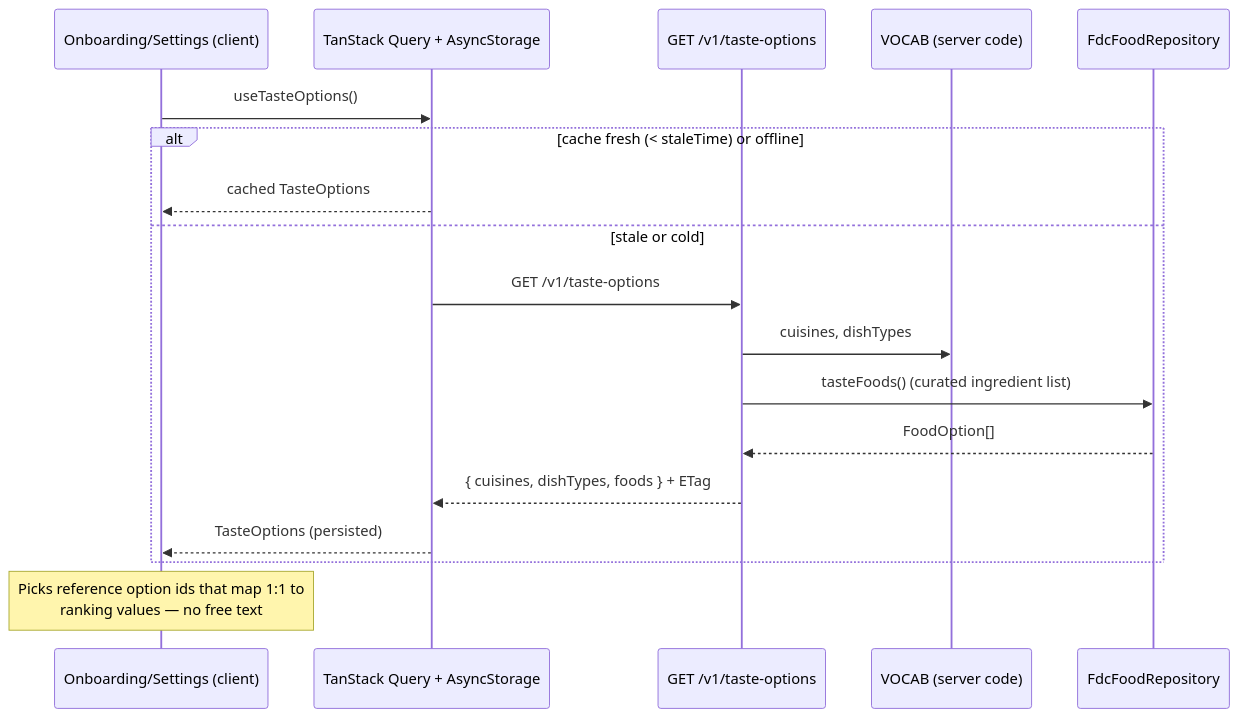
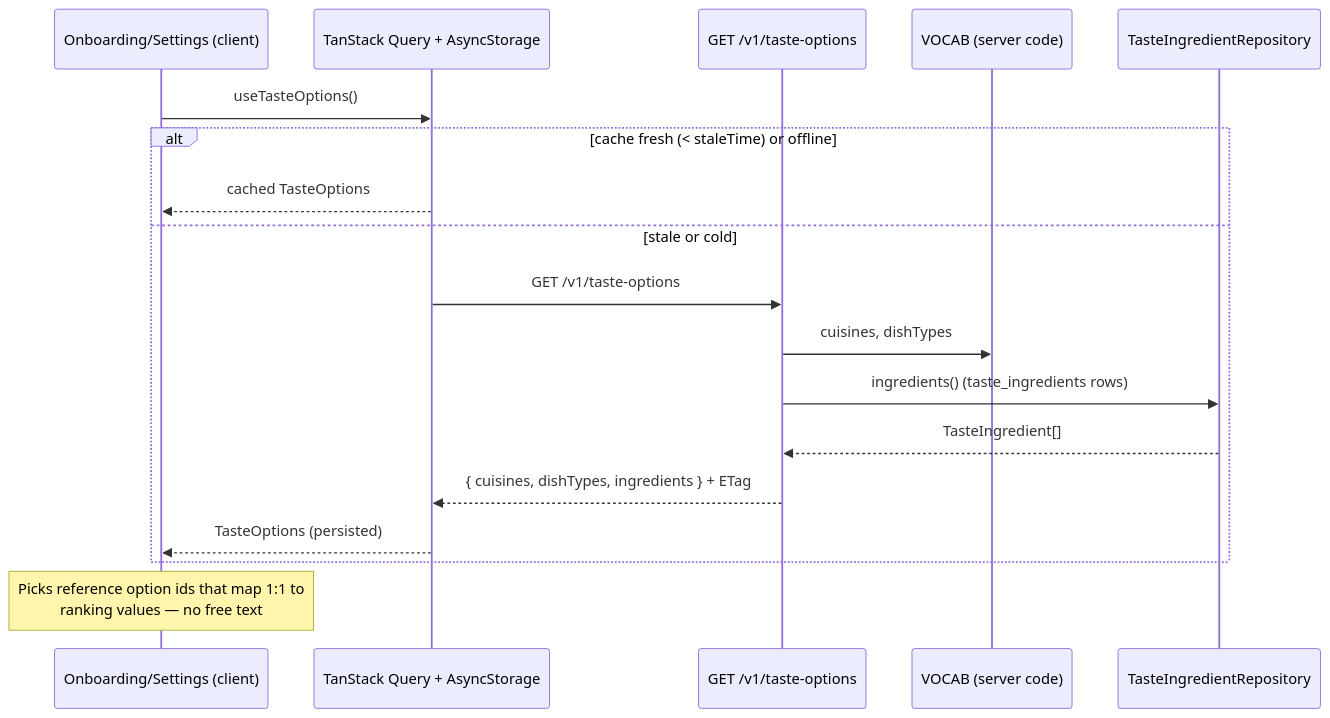
The first of 6 diagrams in docs/ranking/taste-classification-affinity.md (jordangaston/harvest), drawn with Mermaid before and after one commit. The commit also changed other lines of this file, not shown here.

First line of the commit message:
docs(ranking): settle taste model — uuidPk taste_ingredients, base_ingredient_id affinity, seed:taste

````diff
--- a/docs/ranking/taste-classification-affinity.md
+++ b/docs/ranking/taste-classification-affinity.md
@@ -65,21 +65,21 @@
 ```mermaid
 sequenceDiagram
     participant App as Onboarding/Settings (client)
     participant Q as TanStack Query + AsyncStorage
     participant API as GET /v1/taste-options
     participant Vocab as VOCAB (server code)
-    participant Repo as FdcFoodRepository
+    participant Repo as TasteIngredientRepository
 
     App->>Q: useTasteOptions()
     alt cache fresh (< staleTime) or offline
         Q-->>App: cached TasteOptions
     else stale or cold
         Q->>API: GET /v1/taste-options
         API->>Vocab: cuisines, dishTypes
-        API->>Repo: tasteFoods()  (curated ingredient list)
-        Repo-->>API: FoodOption[]
-        API-->>Q: { cuisines, dishTypes, foods } + ETag
+        API->>Repo: ingredients()  (taste_ingredients rows)
+        Repo-->>API: TasteIngredient[]
+        API-->>Q: { cuisines, dishTypes, ingredients } + ETag
         Q-->>App: TasteOptions (persisted)
     end
     note over App: Picks reference option ids that map 1:1 to<br/>ranking values — no free text
 ```
````
